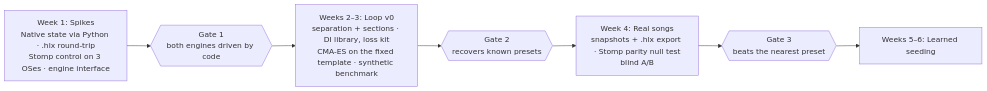
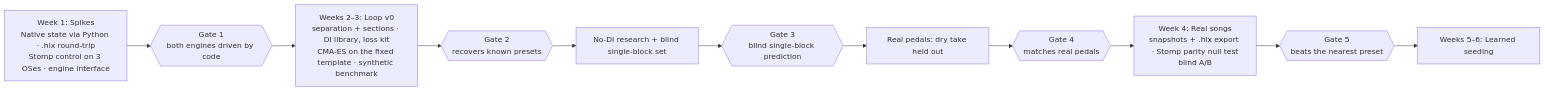
Before and after one commit to jasonhamilton/helix-modeler: the second of 2 diagrams in docs/PLAN.md, drawn with Mermaid. The commit also changed other lines of this file and 112 other files, not shown here.

````diff
--- a/docs/PLAN.md
+++ b/docs/PLAN.md
@@ -303,11 +303,15 @@
 ```mermaid
 flowchart LR
   P1["Week 1: Spikes<br/>Native state via Python · .hlx round-trip<br/>Stomp control on 3 OSes · engine interface"]
   G1{{"Gate 1<br/>both engines driven by code"}}
   P2["Weeks 2–3: Loop v0<br/>separation + sections · DI library, loss kit<br/>CMA-ES on the fixed template · synthetic benchmark"]
   G2{{"Gate 2<br/>recovers known presets"}}
   P3["Week 4: Real songs<br/>snapshots + .hlx export · Stomp parity null test<br/>blind A/B"]
-  G3{{"Gate 3<br/>beats the nearest preset"}}
+  PB["No-DI research + blind single-block set"]
+  G3{{"Gate 3<br/>blind single-block prediction"}}
+  PR["Real pedals: dry take held out"]
+  G4{{"Gate 4<br/>matches real pedals"}}
+  G5{{"Gate 5<br/>beats the nearest preset"}}
   P4["Weeks 5–6: Learned seeding"]
-  P1 --> G1 --> P2 --> G2 --> P3 --> G3 --> P4
+  P1 --> G1 --> P2 --> G2 --> PB --> G3 --> PR --> G4 --> P3 --> G5 --> P4
 ```
````
